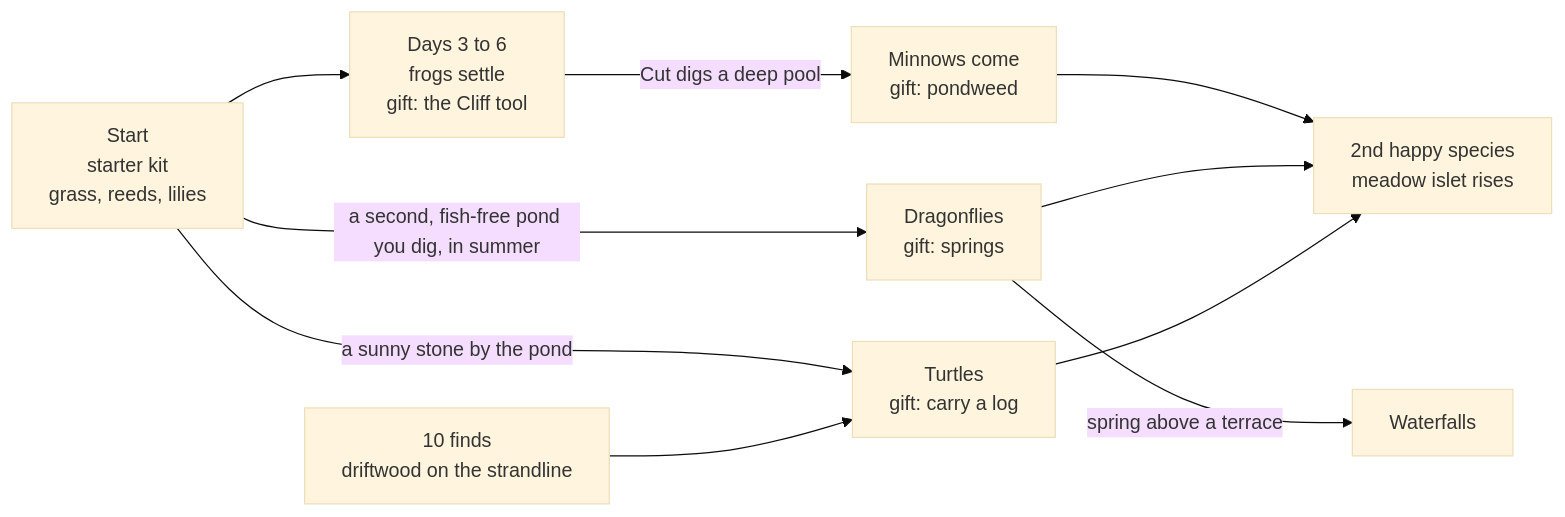
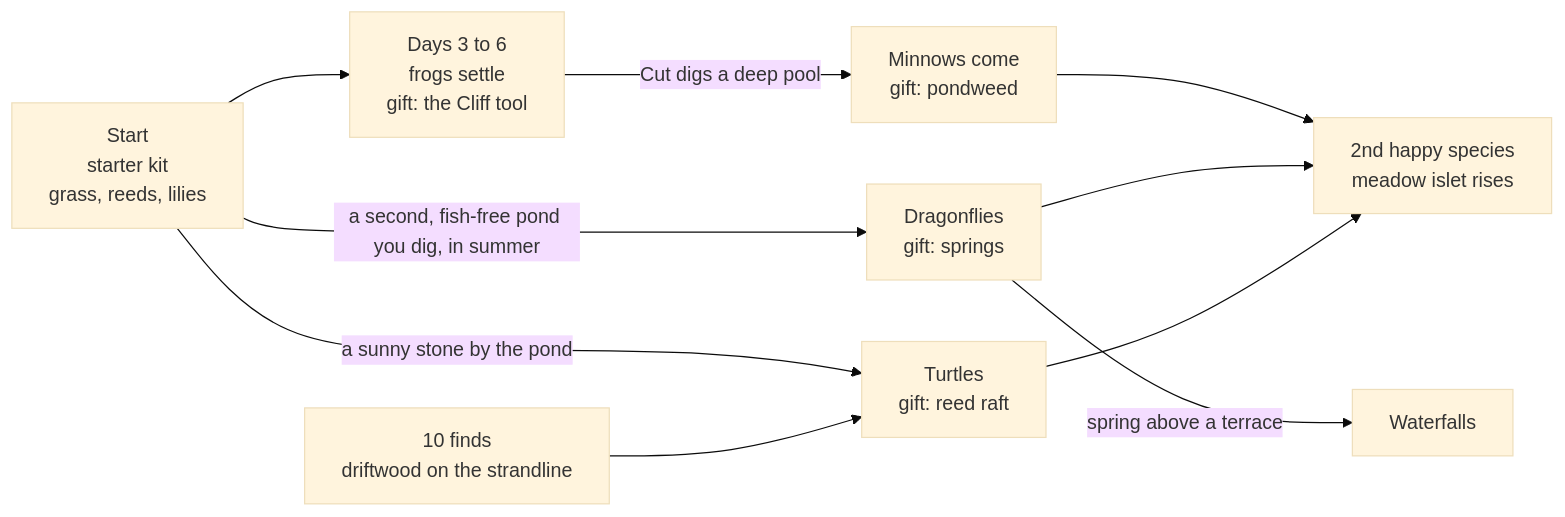
The first of 3 diagrams in docs/13-progression-and-expansion.md (mshomper/ebb), drawn with Mermaid (base theme) before and after one commit. The commit also changed other lines of this file and 6 other files, not shown here.

````diff
--- a/docs/13-progression-and-expansion.md
+++ b/docs/13-progression-and-expansion.md
@@ -33,12 +33,12 @@
 ```mermaid
 flowchart LR
   S[Start<br/>starter kit<br/>grass, reeds, lilies] --> F[Days 3 to 6<br/>frogs settle<br/>gift: the Cliff tool]
   F -->|Cut digs a deep pool| M[Minnows come<br/>gift: pondweed]
   S -->|a second, fish-free pond you dig, in summer| D[Dragonflies<br/>gift: springs]
   D -->|spring above a terrace| W[Waterfalls]
-  S -->|a sunny stone by the pond| T[Turtles<br/>gift: carry a log]
+  S -->|a sunny stone by the pond| T[Turtles<br/>gift: reed raft]
   N[10 finds<br/>driftwood on the strandline] --> T
   M --> L[2nd happy species<br/>meadow islet rises]
   D --> L
   T --> L
 ```
````
